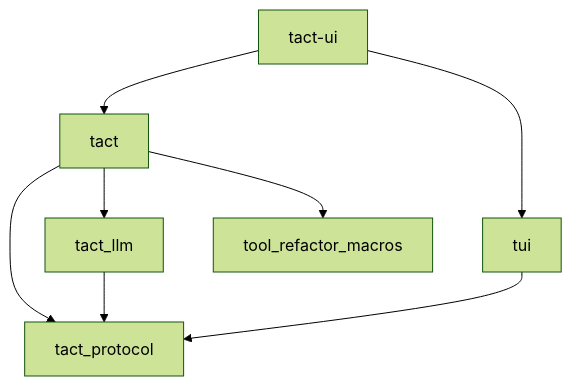
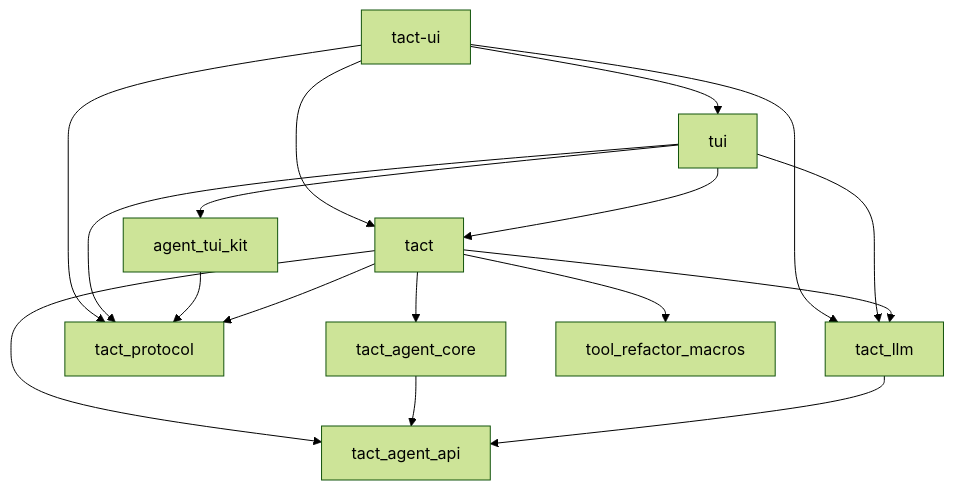
Before and after one commit to rust-infra/tact: the first of 10 diagrams in ARCHITECTURE.md, drawn with Mermaid (forest theme). The commit also changed other lines of this file and 104 other files, not shown here.

````diff
--- a/ARCHITECTURE.md
+++ b/ARCHITECTURE.md
@@ -24,10 +27,19 @@
 ```mermaid
 flowchart TB
     tact_ui["tact-ui"] --> tact
     tact_ui --> tui
+    tact_ui --> tact_llm
+    tact_ui --> tact_protocol
+    tui --> agent_tui_kit
+    tui --> tact
+    tui --> tact_llm
+    tui --> tact_protocol
+    agent_tui_kit --> tact_protocol
+    tact --> tact_agent_api["tact_agent_api"]
+    tact --> tact_agent_core["tact_agent_core"]
+    tact --> tact_llm
     tact --> tact_protocol
-    tact --> tact_llm
     tact --> tool_refactor_macros
-    tact_llm --> tact_protocol
-    tui --> tact_protocol
+    tact_agent_core --> tact_agent_api
+    tact_llm --> tact_agent_api
 ```
````
